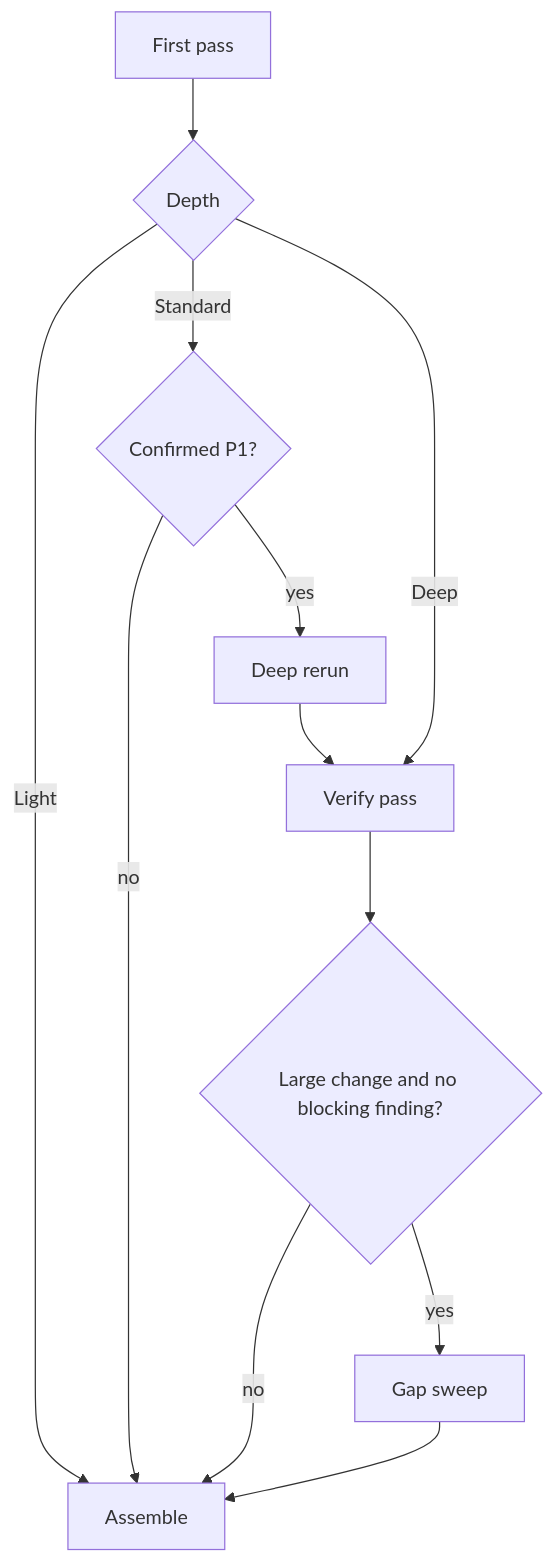
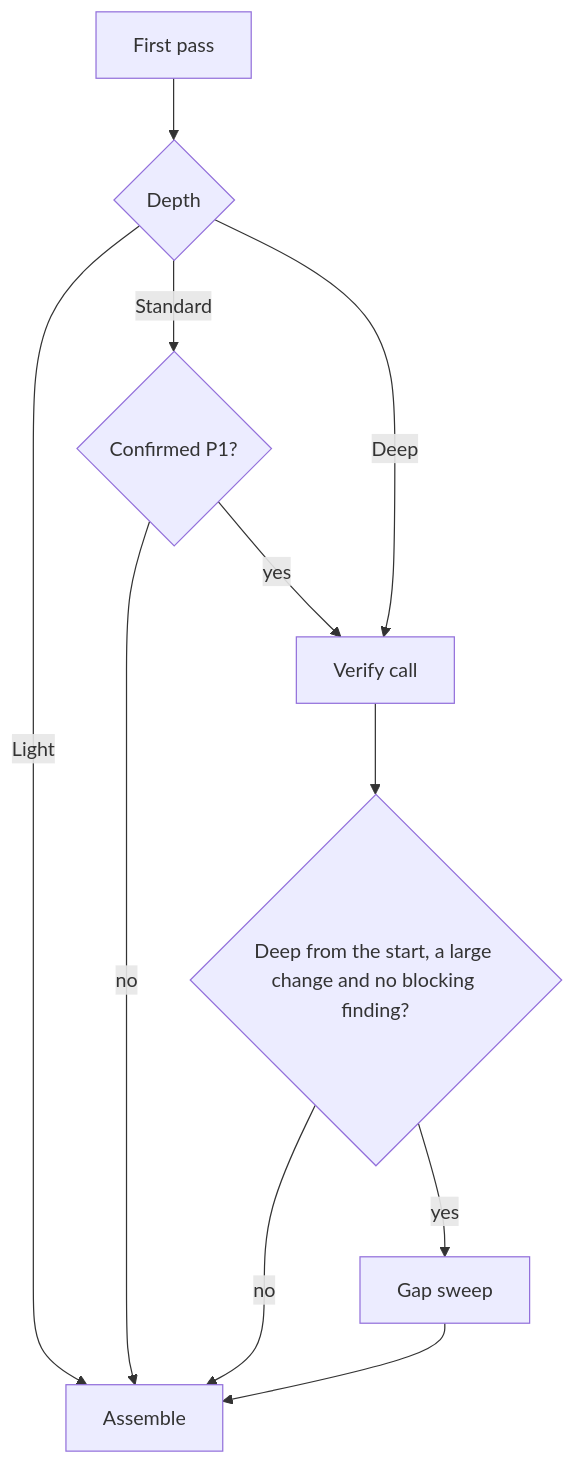
One commit to zgeoff/noslop changed the diagram in docs/architecture/routing-and-depth.md. Above: the diagram before and after it, drawn with Mermaid. The commit also changed other lines of this file and 10 other files, not shown here.

First line of the commit message:
feat(review): verify once after the merge, sweep gaps in one call

````diff
--- a/docs/architecture/routing-and-depth.md
+++ b/docs/architecture/routing-and-depth.md
@@ -74,14 +74,13 @@
 ```mermaid
 flowchart TD
   first[First pass] --> light{Depth}
   light -->|Light| done[Assemble]
   light -->|Standard| p1{Confirmed P1?}
   p1 -->|no| done
-  p1 -->|yes| rerun[Deep rerun]
-  light -->|Deep| verify[Verify pass]
-  rerun --> verify
-  verify --> gap{Large change and no blocking finding?}
+  p1 -->|yes| verify[Verify call]
+  light -->|Deep| verify
+  verify --> gap{Deep from the start, a large change and no blocking finding?}
   gap -->|no| done
   gap -->|yes| sweep[Gap sweep]
   sweep --> done
 ```
````
